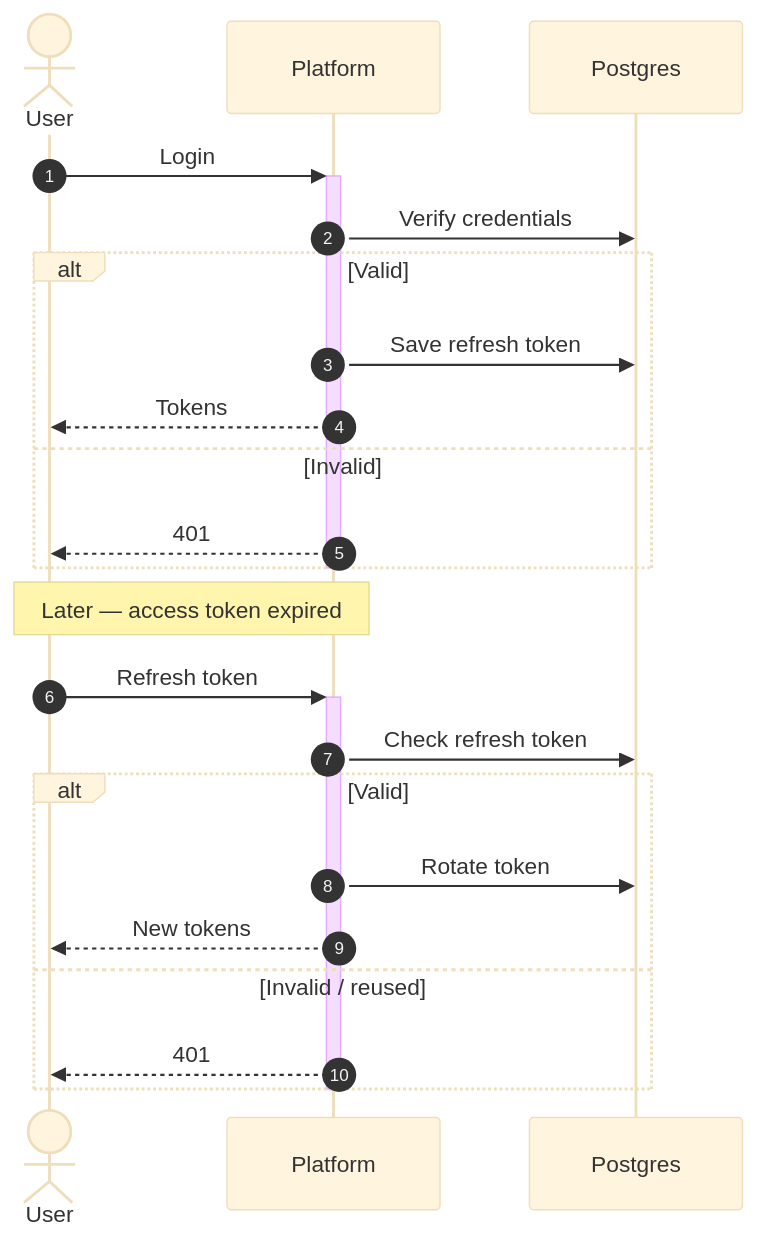
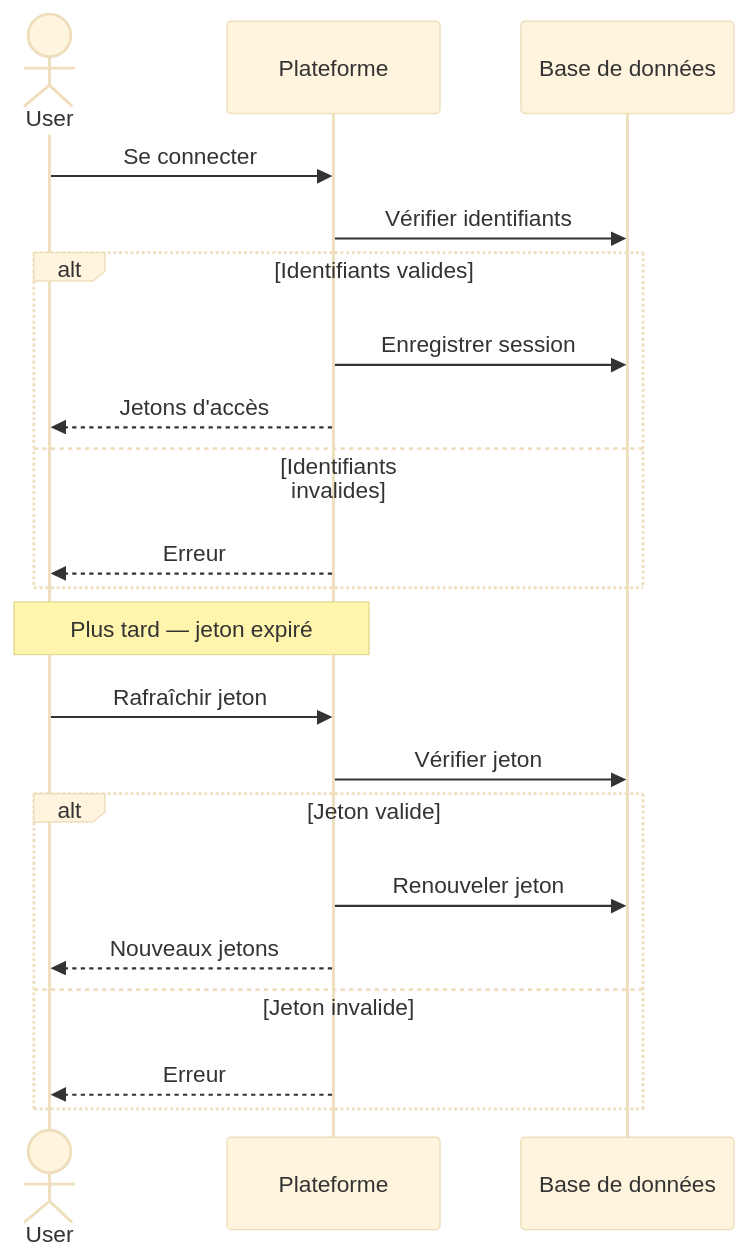
The second of 16 diagrams in docs/SEQUENCE_DIAGRAMS.md (MohamedChebbi123/teamnest), drawn with Mermaid (base theme) before and after one commit. The commit also changed other lines of this file, not shown here.

````diff
--- a/docs/SEQUENCE_DIAGRAMS.md
+++ b/docs/SEQUENCE_DIAGRAMS.md
@@ -66,29 +64,26 @@
 ```mermaid
 sequenceDiagram
-    autonumber
     actor User
-    participant API as Platform
-    participant DB as Postgres
+    participant API as Plateforme
+    participant DB as Base de données
 
-    User->>+API: Login
-    API->>DB: Verify credentials
-    alt Valid
-        API->>DB: Save refresh token
-        API-->>User: Tokens
-    else Invalid
-        API-->>User: 401
+    User->>API: Se connecter
+    API->>DB: Vérifier identifiants
+    alt Identifiants valides
+        API->>DB: Enregistrer session
+        API-->>User: Jetons d'accès
+    else Identifiants invalides
+        API-->>User: Erreur
     end
-    deactivate API
 
-    Note over User,API: Later — access token expired
+    Note over User,API: Plus tard — jeton expiré
 
-    User->>+API: Refresh token
-    API->>DB: Check refresh token
-    alt Valid
-        API->>DB: Rotate token
-        API-->>User: New tokens
-    else Invalid / reused
-        API-->>User: 401
+    User->>API: Rafraîchir jeton
+    API->>DB: Vérifier jeton
+    alt Jeton valide
+        API->>DB: Renouveler jeton
+        API-->>User: Nouveaux jetons
+    else Jeton invalide
+        API-->>User: Erreur
     end
-    deactivate API
 ```
````
